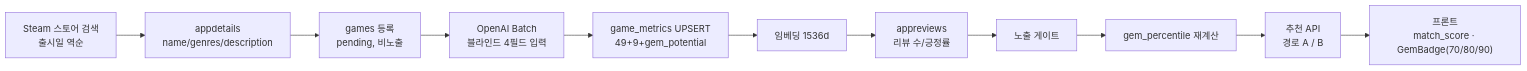
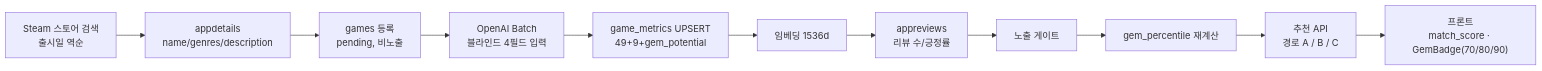
The tenth of 10 diagrams in docs/scoring_mechanism_asis.md (juntae0123/hidden-gem), drawn with Mermaid before and after one commit. The commit also changed other lines of this file and 3 other files, not shown here.

````diff
--- a/docs/scoring_mechanism_asis.md
+++ b/docs/scoring_mechanism_asis.md
@@ -316,13 +330,13 @@
 ```mermaid
 flowchart LR
     S1["Steam 스토어 검색<br/>출시일 역순"] --> S2["appdetails<br/>name/genres/description"]
     S2 --> S3["games 등록<br/>pending, 비노출"]
     S3 --> S4["OpenAI Batch<br/>블라인드 4필드 입력"]
     S4 --> S5["game_metrics UPSERT<br/>49+9+gem_potential"]
     S5 --> S6["임베딩 1536d"]
     S6 --> S7["appreviews<br/>리뷰 수/긍정률"]
     S7 --> S8["노출 게이트"]
     S8 --> S9["gem_percentile 재계산"]
-    S9 --> S10["추천 API<br/>경로 A / B"]
+    S9 --> S10["추천 API<br/>경로 A / B / C"]
     S10 --> S11["프론트<br/>match_score · GemBadge(70/80/90)"]
 ```
````
